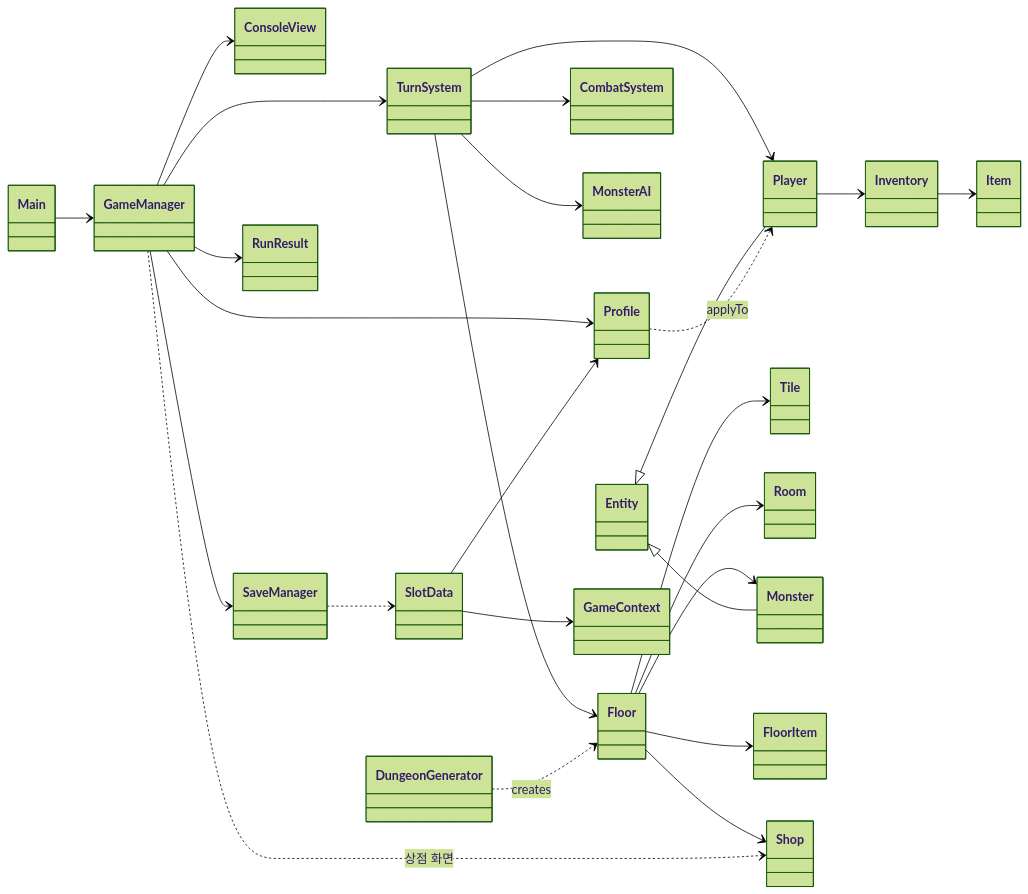
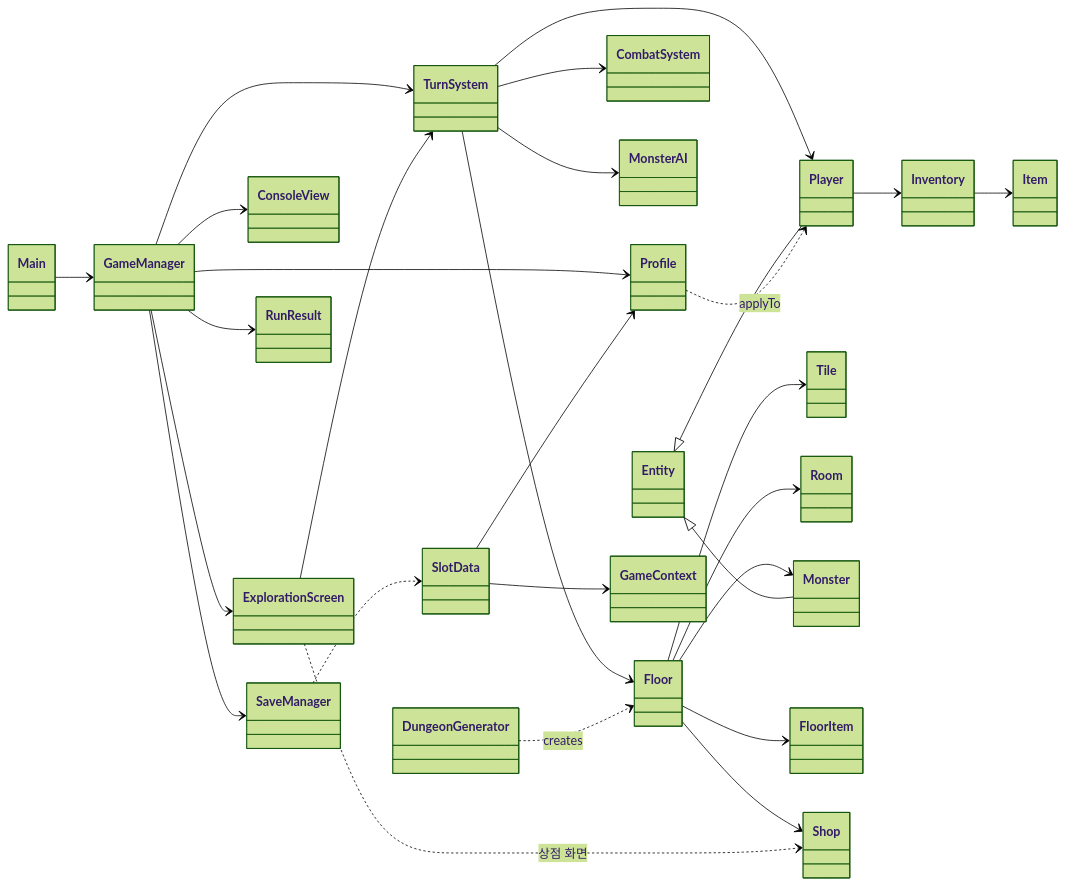
One commit to likelion-boot-camp-28th/side-project01-team01 changed the first of 10 diagrams in docs/Class-Diagram.md. Above: the diagram before and after it, drawn with Mermaid (forest theme). The commit also changed other lines of this file and 27 other files, not shown here.

First line of the commit message:
refactor: GameManager 화면 분리와 코드 리뷰 Low 항목 정리

````diff
--- a/docs/Class-Diagram.md
+++ b/docs/Class-Diagram.md
@@ -8,29 +8,31 @@
 ```mermaid
 classDiagram
     direction LR
     Main --> GameManager
     GameManager --> TurnSystem
+    GameManager --> ExplorationScreen
     GameManager --> ConsoleView
     GameManager --> SaveManager
+    ExplorationScreen --> TurnSystem
     TurnSystem --> Player
     TurnSystem --> Floor
     TurnSystem --> CombatSystem
     TurnSystem --> MonsterAI
     Floor --> Tile
     Floor --> Room
     Floor --> Monster
     Floor --> FloorItem
     Floor --> Shop
-    GameManager ..> Shop : 상점 화면
+    ExplorationScreen ..> Shop : 상점 화면
     Player --> Inventory
     Inventory --> Item
     Entity <|-- Player
     Entity <|-- Monster
     DungeonGenerator ..> Floor : creates
     GameManager --> Profile
     GameManager --> RunResult
     Profile ..> Player : applyTo
     SaveManager ..> SlotData
     SlotData --> Profile
     SlotData --> GameContext
 ```
````
